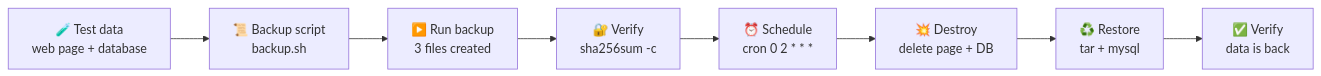
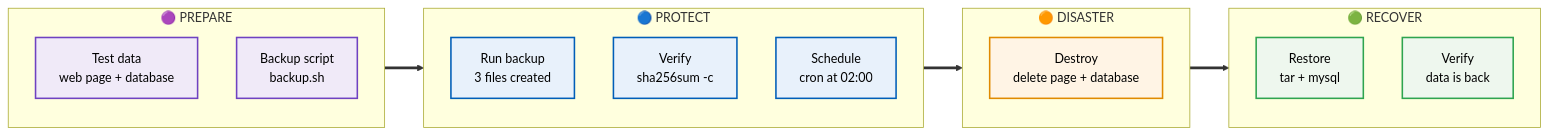
Before and after one commit to malaika-azhar/Linux-SysAdmin-Labs: the first of 5 diagrams in lab01-backup-restore/README.md, drawn with Mermaid. The commit also changed other lines of this file, not shown here.

````diff
--- a/lab01-backup-restore/README.md
+++ b/lab01-backup-restore/README.md
@@ -102,10 +177,33 @@
 ```mermaid
 flowchart LR
-    A["🧪 Test data<br/>web page + database"] --> B["📜 Backup script<br/>backup.sh"]
-    B --> C["▶️ Run backup<br/>3 files created"]
-    C --> D["🔐 Verify<br/>sha256sum -c"]
-    D --> E["⏰ Schedule<br/>cron 0 2 * * *"]
-    E --> F["💥 Destroy<br/>delete page + DB"]
-    F --> G["♻️ Restore<br/>tar + mysql"]
-    G --> H["✅ Verify<br/>data is back"]
+    subgraph G1["🟣 PREPARE"]
+        direction TB
+        A1["Test data<br/>web page + database"]
+        A2["Backup script<br/>backup.sh"]
+    end
+    subgraph G2["🔵 PROTECT"]
+        direction TB
+        B1["Run backup<br/>3 files created"]
+        B2["Verify<br/>sha256sum -c"]
+        B3["Schedule<br/>cron at 02:00"]
+    end
+    subgraph G3["🟠 DISASTER"]
+        direction TB
+        C1["Destroy<br/>delete page + database"]
+    end
+    subgraph G4["🟢 RECOVER"]
+        direction TB
+        D1["Restore<br/>tar + mysql"]
+        D2["Verify<br/>data is back"]
+    end
+    G1 ==> G2 ==> G3 ==> G4
+
+    classDef pr fill:#f0eaf8,stroke:#6f42c1,stroke-width:2px,color:#000
+    classDef po fill:#e8f1fb,stroke:#005EB8,stroke-width:2px,color:#000
+    classDef di fill:#fff4e5,stroke:#e08a00,stroke-width:2px,color:#000
+    classDef re fill:#eef7ee,stroke:#2ea44f,stroke-width:2px,color:#000
+    class A1,A2 pr
+    class B1,B2,B3 po
+    class C1 di
+    class D1,D2 re
 ```
````
